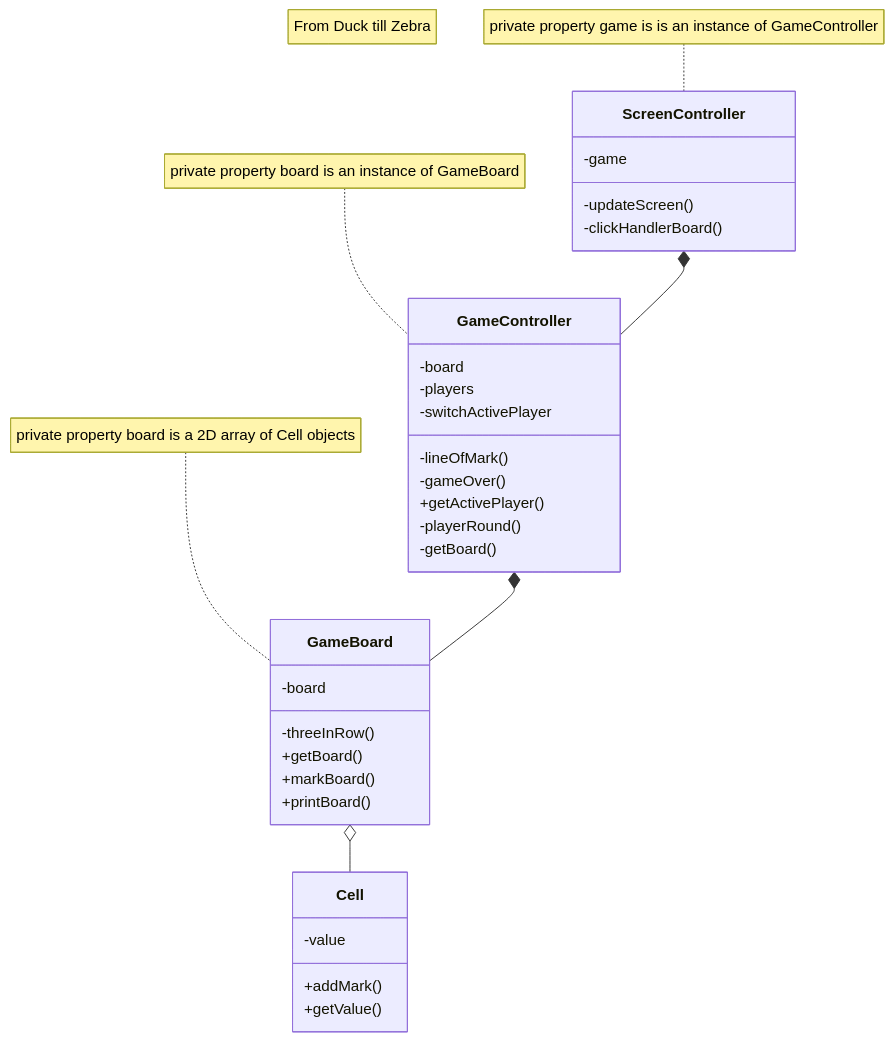
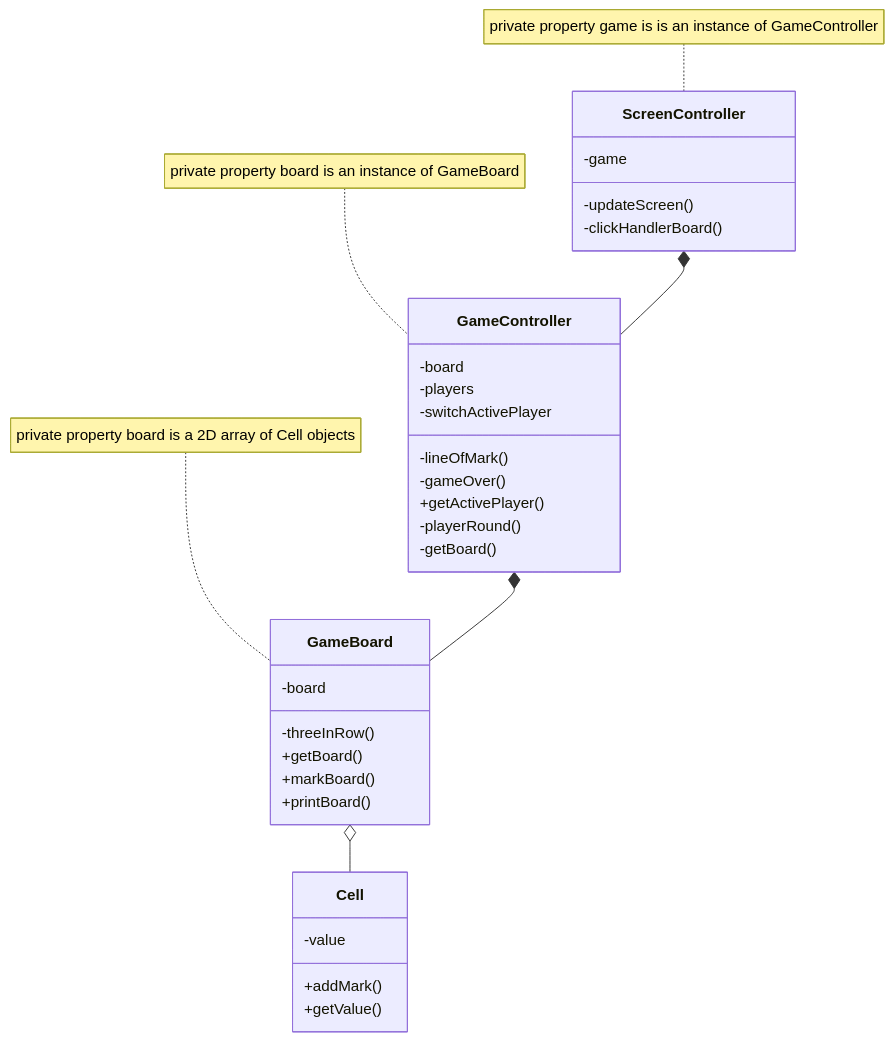
Before and after one commit to f2xiao/odin-tic-tac-toe: the diagram in README.md, drawn with Mermaid.

````diff
--- a/README.md
+++ b/README.md
@@ -6,38 +6,36 @@
 ```mermaid
 classDiagram
-
-    note "From Duck till Zebra"
     GameBoard o-- Cell
     GameController *-- GameBoard
     ScreenController *-- GameController
     class Cell{
         -value
         +addMark()
         +getValue()
     }
     class GameBoard{
         -board
         -threeInRow()
         +getBoard()
         +markBoard()
         +printBoard()
     }
     note for GameBoard "private property board is a 2D array of Cell objects"
     class GameController{
         -board
         -players
         -switchActivePlayer
         -lineOfMark()
         -gameOver()
         +getActivePlayer()
         -playerRound()
         -getBoard()
     }
     note for GameController "private property board is an instance of GameBoard"
     class ScreenController{
         -game
         -updateScreen()
         -clickHandlerBoard()
     }
     note for ScreenController "private property game is is an instance of GameController"
 ```
````
